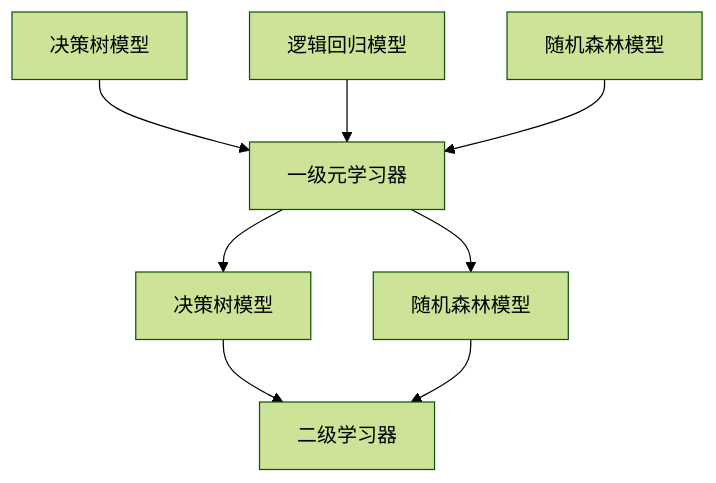
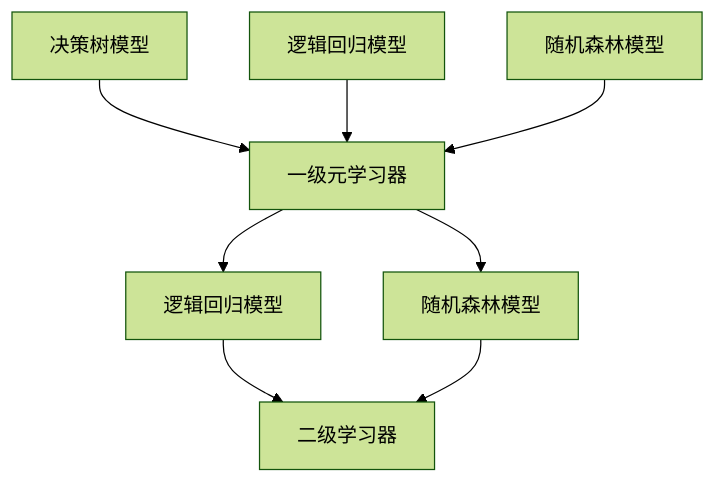
Before and after one commit to ZenCoder-art/ofd: diagram 17 of 21 in docs/draws.md, drawn with Mermaid (forest theme). The commit also changed other lines of this file and 3 other files, not shown here.

````diff
--- a/docs/draws.md
+++ b/docs/draws.md
@@ -274,10 +323,10 @@
 ```mermaid
 graph TB
 A[决策树模型]-->r1[一级元学习器]
 B[逻辑回归模型]-->r1[一级元学习器]
 C[随机森林模型]-->r1[一级元学习器]
-r1-->D[决策树模型]
+r1-->D[逻辑回归模型]
 r1-->E[随机森林模型]
 D-->r2[二级学习器]
 E-->r2[二级学习器]
 ```
````
